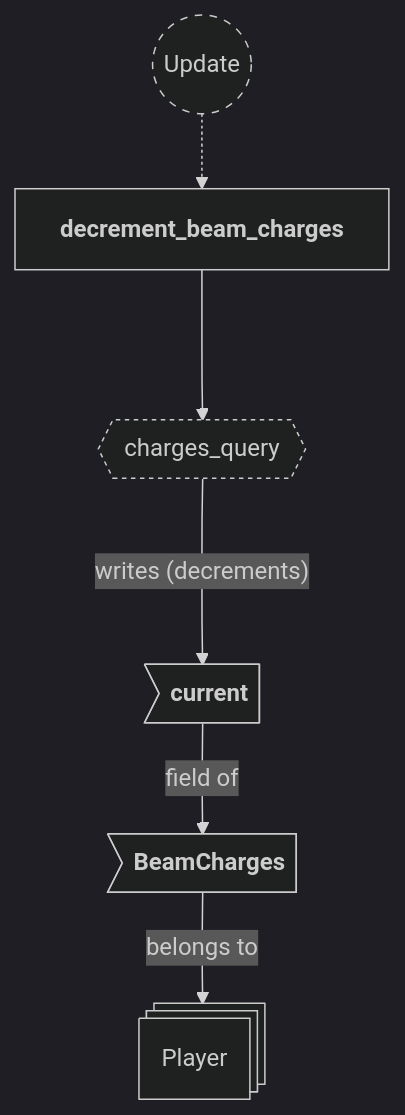
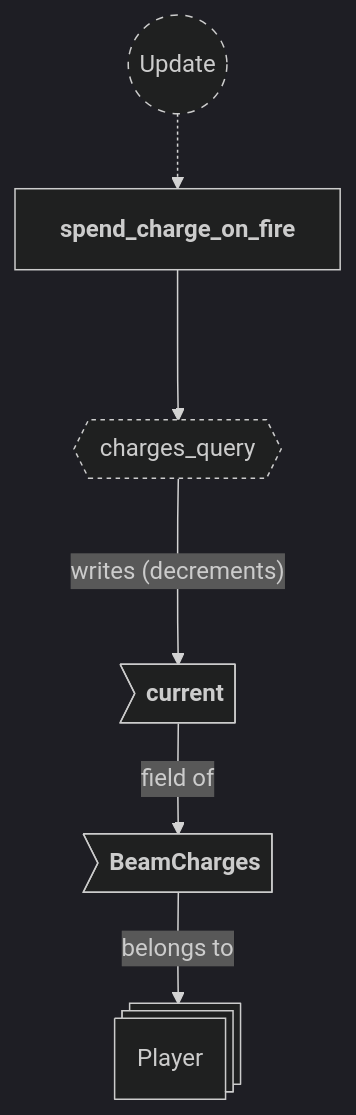
Diagram 12 of 14 in backlog/docs/doc-7 - 006-Beam-plugin.md (neurosoup/tyled), drawn with Mermaid before and after one commit. The commit also changed other lines of this file and 12 other files, not shown here.

````diff
--- a/backlog/docs/doc-7 - 006-Beam-plugin.md
+++ b/backlog/docs/doc-7 - 006-Beam-plugin.md
@@ -428,25 +423,25 @@
 ```mermaid
 ---
 config:
   theme: dark
 ---
 
 flowchart TD
 classDef system-group stroke-dasharray: 5 5
 classDef query stroke-dasharray: 3 3
 
 update(("`Update`")):::system-group
-decrement_beam_charges["`**decrement_beam_charges**`"]
+spend_charge_on_fire["`**spend_charge_on_fire**`"]
 
-update -.-> decrement_beam_charges
+update -.-> spend_charge_on_fire
 
 charges_query{{"`charges_query`"}}:::query
-decrement_beam_charges ---> charges_query
+spend_charge_on_fire ---> charges_query
 
 player_entity@{ shape: st-rect, label: "Player" }
 
 pe_charges>"`**BeamCharges**`"] --> |belongs to| player_entity
 pe_current>"`**current**`"] --> |field of| pe_charges
 
 charges_query ---> |"writes (decrements)"| pe_current
 ```
````
